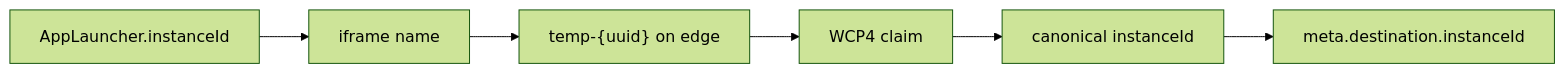
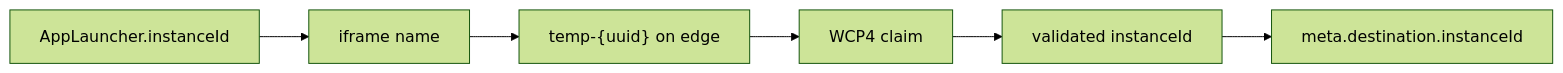
One commit to SeeWhatsOn/FDC3-Sail changed the fifth of 7 diagrams in website/docs/packages/desktop-agent/composition.md. Above: the diagram before and after it, drawn with Mermaid (forest theme). The commit also changed other lines of this file and 33 other files, not shown here.

First line of the commit message:
refactor: rename WCP canonical instanceId to validated

````diff
--- a/website/docs/packages/desktop-agent/composition.md
+++ b/website/docs/packages/desktop-agent/composition.md
@@ -163,11 +163,11 @@
 ```mermaid
 flowchart LR
   L["AppLauncher.instanceId"]
   I["iframe name"]
   T["temp-{uuid} on edge"]
   W4["WCP4 claim"]
-  C["canonical instanceId"]
+  C["validated instanceId"]
   R["meta.destination.instanceId"]
 
   L --> I --> T --> W4 --> C --> R
 ```
````
